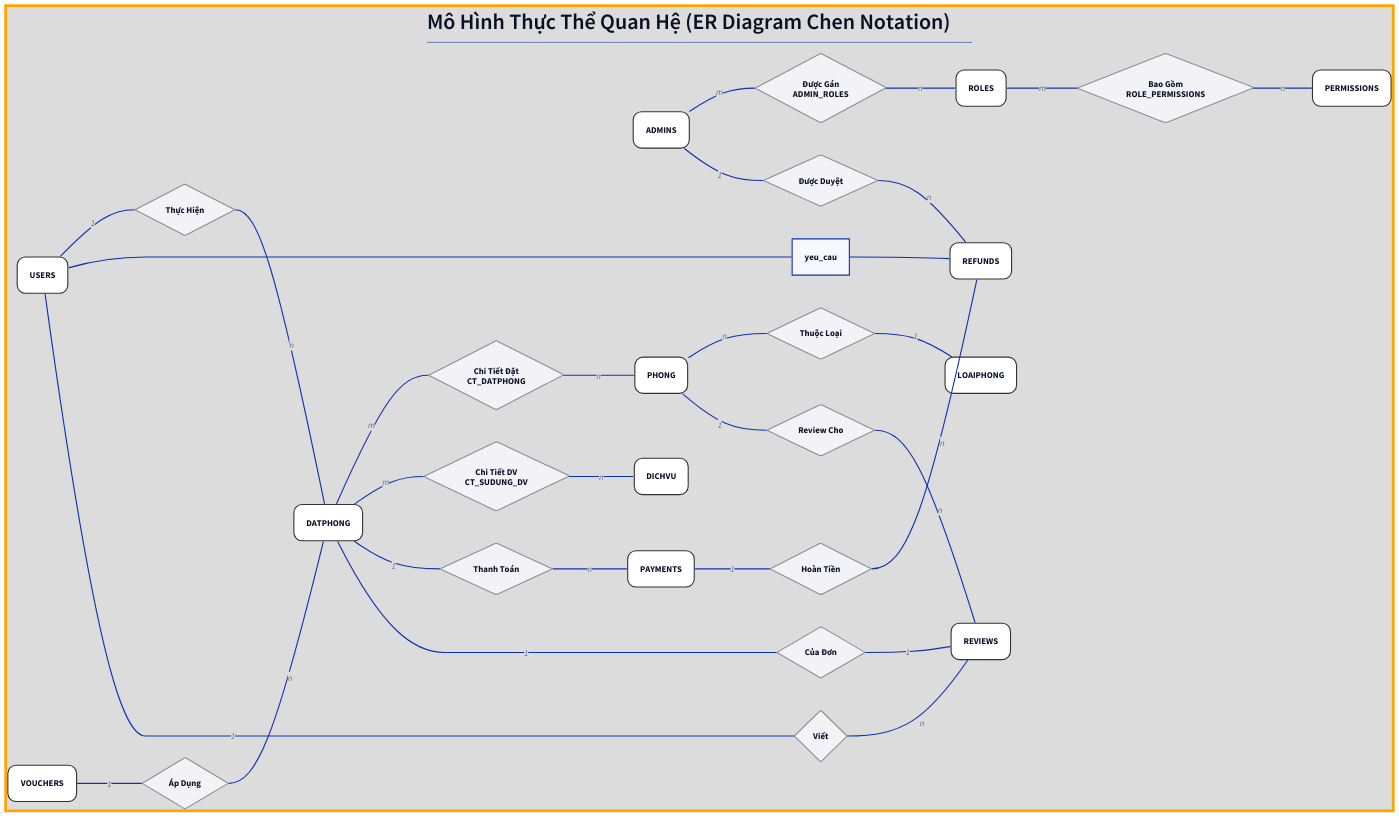
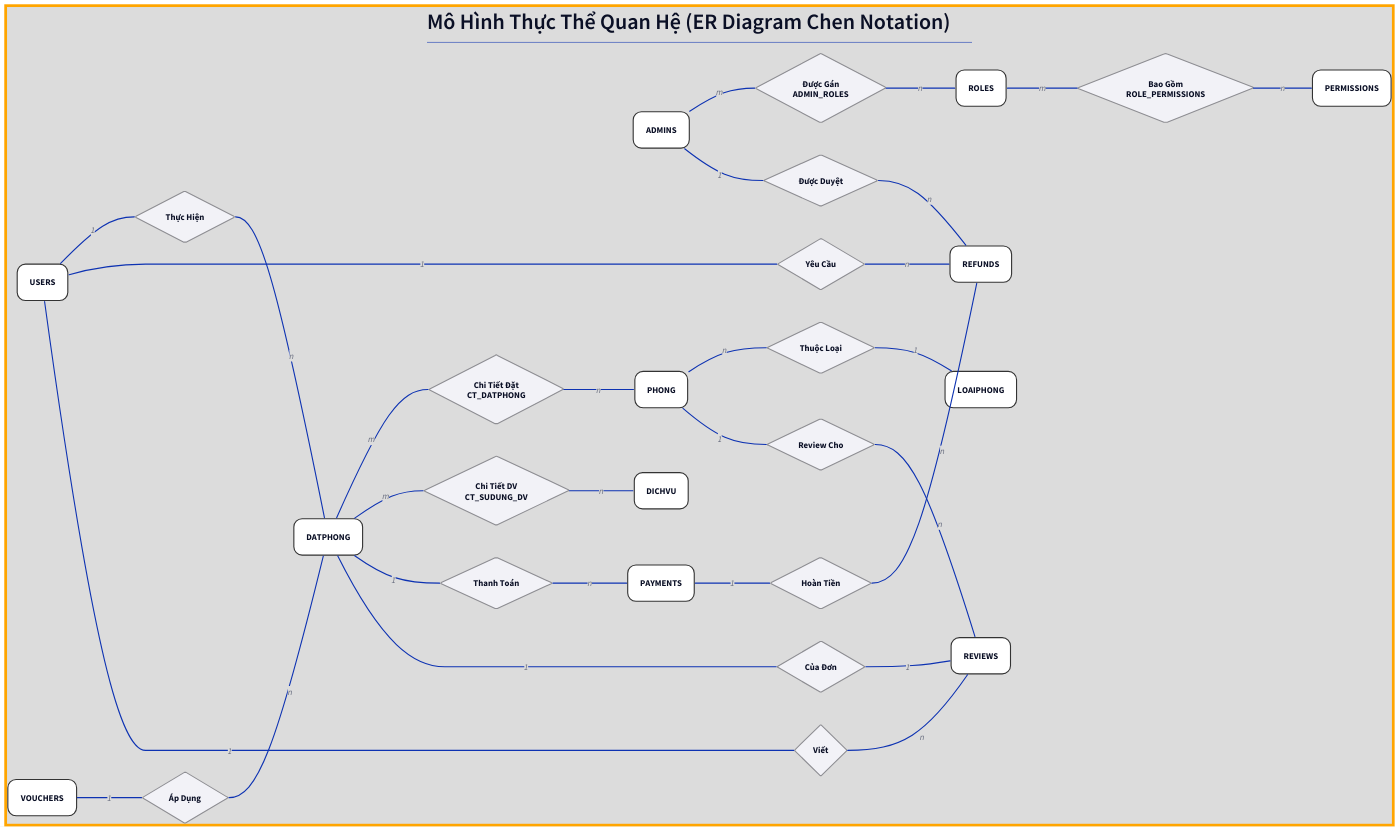
Before and after one commit to sam-uit/ie103-project-report: the diagram in report/content/diagrams/er.d2, drawn with D2.

```diff
--- a/report/content/diagrams/er.d2
+++ b/report/content/diagrams/er.d2
@@ -1,166 +1,166 @@
 # Template: D2
 # Author: Sam Dinh
 # Mục đích: Tạo ER Diagram Chen Notation.
 # Trang nguồn: https://d2lang.com/
 # VSCode extension: Terrastruct.d2
 
 direction: right
 
 # Tiêu đề: căn góc trên-giữa
 title: |md
   # Mô Hình Thực Thể Quan Hệ (ER Diagram Chen Notation)
 | {near: top-center}
 
 title.style: {
   font-size: 20
   # font: "mono"
 }
 
 # --- 0. STYLES ---
 style: {
   # font: "mono"
   fill: "#dcdcdc"
   stroke: "orange"
   stroke-width: 5
 }
 
 # --- 1. CSS STYLES (THEME) ---
 classes: {
   # Thực thể: Chữ nhật bo góc Apple style
   entity: {
     shape: rectangle
     style: {
       border-radius: 15
       stroke-width: 2
       fill: "#FFFFFF"
       stroke: "#333333"
     }
   }
 
   # Quan hệ (Relationship): Hình thoi
   rel: {
     shape: diamond
     style: {
       fill: "#F2F2F7"
       stroke: "#8E8E93"
       stroke-width: 2
     }
   }
 
   # Thuộc tính: Oval (chưa dùng nhiều để tránh rối)
   attr: {
     shape: oval
     width: 60
     height: 40
     style: {
       fill: "#F0F8FF"
       stroke: "#0d95de"
       stroke-width: 1
       font-size: 12
     }
   }
 }
 
 # --- 2. ENTITIES (THỰC THỂ) ---
 # Dựa trên init_tables.sql và tài liệu mô tả
 
 ADMINS: {class: entity; label: "ADMINS"}
 ROLES: {class: entity; label: "ROLES"}
 PERMISSIONS: {class: entity; label: "PERMISSIONS"}
 
 USERS: {class: entity; label: "USERS"}
 VOUCHERS: {class: entity; label: "VOUCHERS"}
 
 DATPHONG: {class: entity; label: "DATPHONG"}
 LOAIPHONG: {class: entity; label: "LOAIPHONG"}
 PHONG: {class: entity; label: "PHONG"}
 DICHVU: {class: entity; label: "DICHVU"}
 
 PAYMENTS: {class: entity; label: "PAYMENTS"}
 REFUNDS: {class: entity; label: "REFUNDS"}
 REVIEWS: {class: entity; label: "REVIEWS"}
 
 # --- 3. RELATIONSHIPS (MỐI QUAN HỆ) ---
 # Phân biệt rõ đâu là quan hệ. 
 # Các bảng trung gian N-N trong SQL được coi là Quan Hệ trong ERD.
 
 # Quan hệ N-N (Từ bảng trung gian)
 ADMIN_ROLES: {class: rel; label: "Được Gán\nADMIN_ROLES"}
 ROLE_PERMISSIONS: {class: rel; label: "Bao Gồm\nROLE_PERMISSIONS"}
 CT_DATPHONG: {class: rel; label: "Chi Tiết Đặt\nCT_DATPHONG"}
 CT_SUDUNG_DV: {class: rel; label: "Chi Tiết DV\nCT_SUDUNG_DV"}
 
 # Quan hệ 1-N / 1-1 (Logical)
 thuc_hien: {class: rel; label: "Thực Hiện"}
 thuoc_loai: {class: rel; label: "Thuộc Loại"}
 ap_dung: {class: rel; label: "Áp Dụng"}
 thanh_toan: {class: rel; label: "Thanh Toán"}
 hoan_tien: {class: rel; label: "Hoàn Tiền"}
+yeu_cau: {class: rel; label: "Yêu Cầu"}
 duoc_duyet: {class: rel; label: "Được Duyệt"}
-
 tao_review: {class: rel; label: "Viết"}
 review_cho: {class: rel; label: "Review Cho"}
 review_cua: {class: rel; label: "Của Đơn"}
 
 # --- 4. CONNECTIONS (CARDINALITY) ---
 
 # --- Nhóm User & Authorization ---
 # N-N: Admin - Roles
 ADMINS -- ADMIN_ROLES: m
 ADMIN_ROLES -- ROLES: n
 
 # N-N: Roles - Permissions
 ROLES -- ROLE_PERMISSIONS: m
 ROLE_PERMISSIONS -- PERMISSIONS: n
 
 # --- Nhóm Booking & Room ---
 # 1-N: User - DatPhong
 USERS -- thuc_hien: 1
 thuc_hien -- DATPHONG: n
 
 # N-N: DatPhong - Phong (thông qua CT_DATPHONG)
 DATPHONG -- CT_DATPHONG: m
 CT_DATPHONG -- PHONG: n
 
 # 1-N: LoaiPhong - Phong
 PHONG -- thuoc_loai: n
 thuoc_loai -- LOAIPHONG: 1
 
 # 1-N: Voucher - DatPhong
 VOUCHERS -- ap_dung: 1
 ap_dung -- DATPHONG: n
 
 # N-N: DatPhong - DichVu (thông qua CT_SUDUNG_DV)
 DATPHONG -- CT_SUDUNG_DV: m
 CT_SUDUNG_DV -- DICHVU: n
 
 # --- Nhóm Payment & Refund ---
 # 1-N: DatPhong - Payments (Một đơn có thể có nhiều giao dịch?)
 # SQL: Payment references Booking.
 DATPHONG -- thanh_toan: 1
 thanh_toan -- PAYMENTS: n
 
 # 1-N: Payments - Refunds
 PAYMENTS -- hoan_tien: 1
 hoan_tien -- REFUNDS: n
 
 # User & Admin liên quan đến Refund
-USERS -- yeu_cau -- REFUNDS
-# (Implicit via Payment or explicit?)
+USERS -- yeu_cau: 1
+yeu_cau -- REFUNDS: n
 ADMINS -- duoc_duyet: 1
 duoc_duyet -- REFUNDS: n
 
 # --- Nhóm Review ---
 # SQL: Reviews references User, Phong, DatPhong (Unique)
 
 # 1-N: User - Reviews
 USERS -- tao_review: 1
 tao_review -- REVIEWS: n
 
 # 1-N: Phong - Reviews
 PHONG -- review_cho: 1
 review_cho -- REVIEWS: n
 
 # 1-1: DatPhong - Reviews (Mỗi đơn 1 review)
 DATPHONG -- review_cua: 1
 review_cua -- REVIEWS: 1
```
